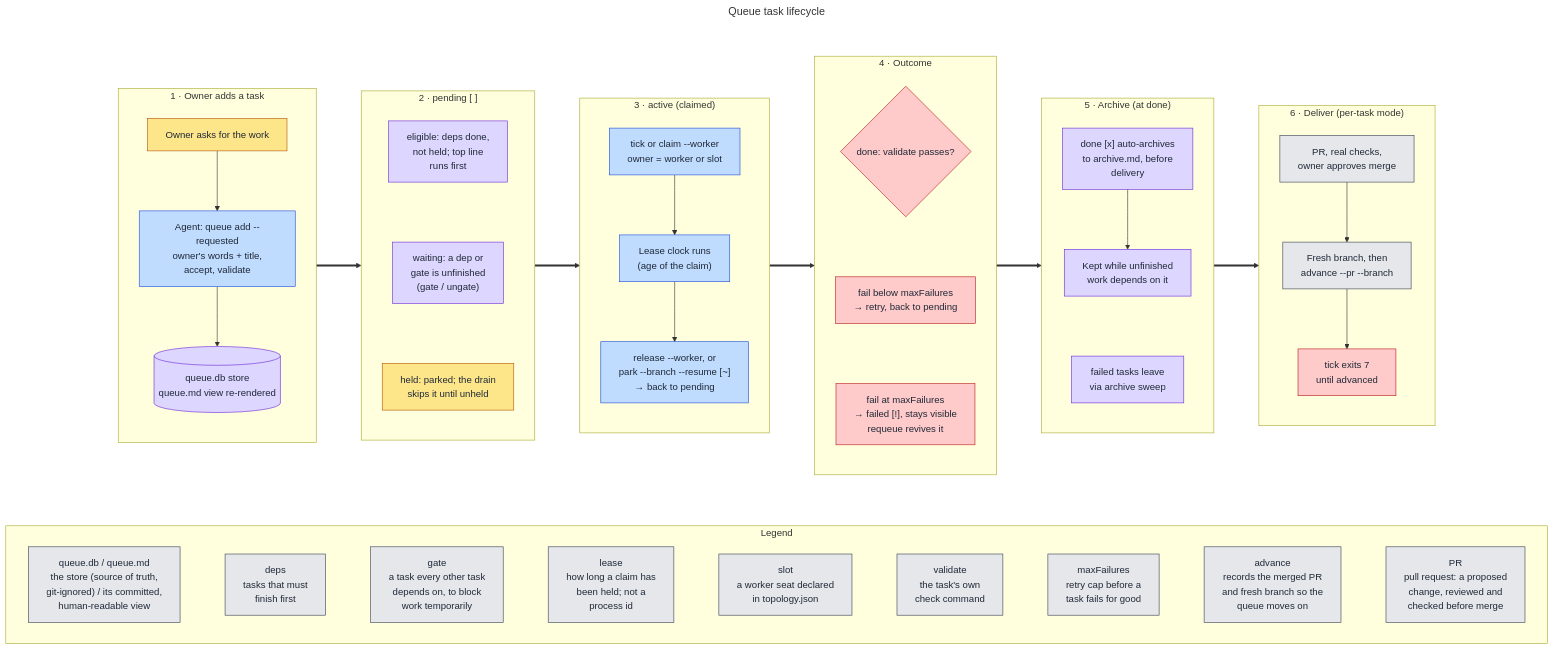
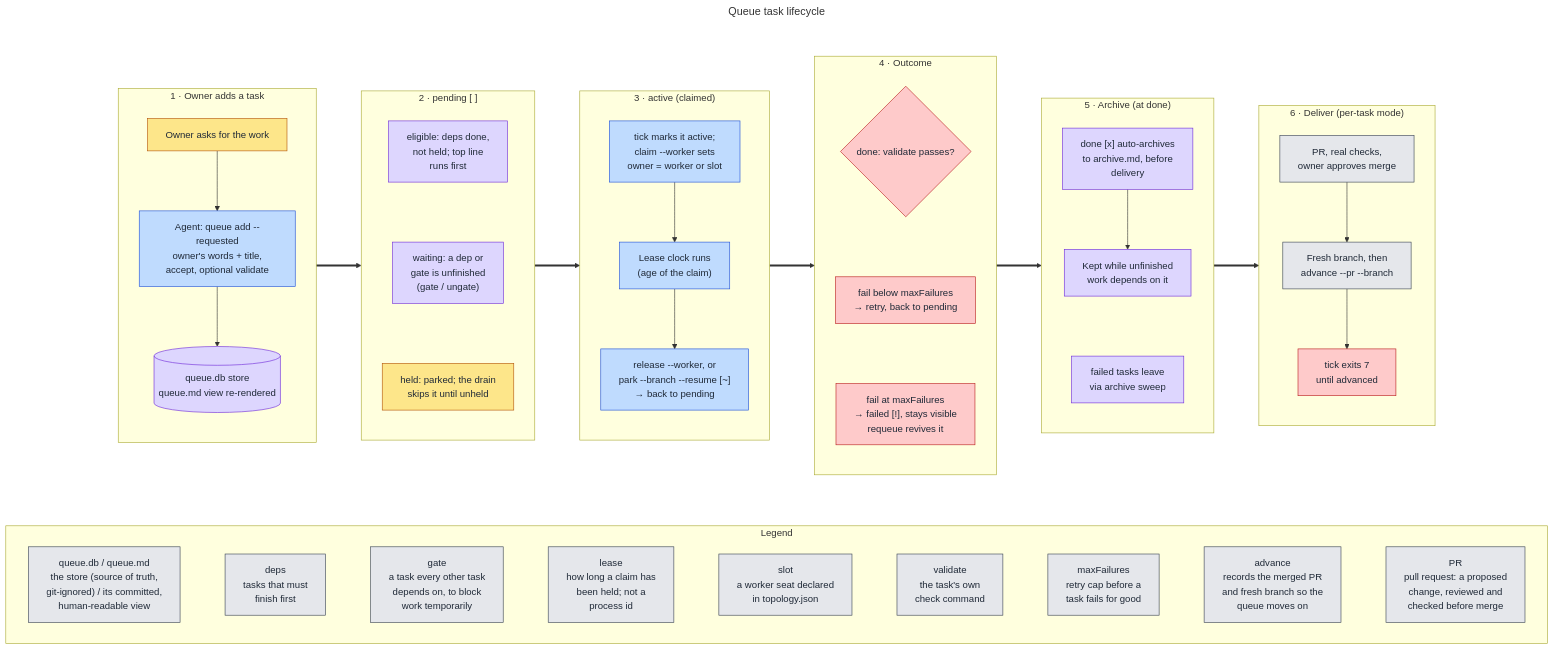
Before and after one commit to victusfate/scaffold: the diagram in docs/diagrams/src/queue-lifecycle.mmd, drawn with Mermaid. The commit also changed 5 other files, not shown here.

Commit message:
docs(diagrams): correct orchestration, pr-workflow, queue-lifecycle against their sources

```diff
--- a/docs/diagrams/src/queue-lifecycle.mmd
+++ b/docs/diagrams/src/queue-lifecycle.mmd
@@ -1,85 +1,85 @@
 ---
 title: Queue task lifecycle
 ---
 flowchart TB
   classDef owner fill:#fde68a,stroke:#b45309,color:#1f2937
   classDef orch fill:#bfdbfe,stroke:#1d4ed8,color:#1f2937
   classDef state fill:#ddd6fe,stroke:#6d28d9,color:#1f2937
   classDef lane fill:#bbf7d0,stroke:#15803d,color:#1f2937
   classDef git fill:#e5e7eb,stroke:#374151,color:#1f2937
   classDef gate fill:#fecaca,stroke:#b91c1c,color:#1f2937
 
   %% Edges run between stage subgraphs (not inner nodes) so each stage keeps
   %% its own top-to-bottom direction and the whole image stays landscape.
 
   subgraph FLOW[" "]
   direction LR
 
   subgraph ADD["1 · Owner adds a task"]
     direction TB
     A1["Owner asks for the work"]:::owner
-    A2["Agent: queue add --requested<br/>owner's words + title,<br/>accept, validate"]:::orch
+    A2["Agent: queue add --requested<br/>owner's words + title,<br/>accept, optional validate"]:::orch
     A3[("queue.db store<br/>queue.md view re-rendered")]:::state
     A1 --> A2 --> A3
   end
 
   subgraph PENDING["2 · pending [ ]"]
     direction TB
     P1["eligible: deps done,<br/>not held; top line<br/>runs first"]:::state
     P2["waiting: a dep or<br/>gate is unfinished<br/>(gate / ungate)"]:::state
     P3["held: parked; the drain<br/>skips it until unheld"]:::owner
     P1 ~~~ P2 ~~~ P3
   end
 
   subgraph ACTIVE["3 · active (claimed)"]
     direction TB
-    C1["tick or claim --worker<br/>owner = worker or slot"]:::orch
+    C1["tick marks it active;<br/>claim --worker sets<br/>owner = worker or slot"]:::orch
     C2["Lease clock runs<br/>(age of the claim)"]:::orch
     C3["release --worker, or<br/>park --branch --resume [~]<br/>→ back to pending"]:::orch
     C1 --> C2 --> C3
   end
 
   subgraph OUTCOME["4 · Outcome"]
     direction TB
     O1{"done: validate passes?"}:::gate
     O2["fail below maxFailures<br/>→ retry, back to pending"]:::gate
     O3["fail at maxFailures<br/>→ failed [!], stays visible<br/>requeue revives it"]:::gate
     O1 ~~~ O2 ~~~ O3
   end
 
   subgraph DELIVER["6 · Deliver (per-task mode)"]
     direction TB
     D1["PR, real checks,<br/>owner approves merge"]:::git
     D2["Fresh branch, then<br/>advance --pr --branch"]:::git
     D3["tick exits 7<br/>until advanced"]:::gate
     D1 --> D2 --> D3
   end
 
   subgraph ARCHIVE["5 · Archive (at done)"]
     direction TB
     R1["done [x] auto-archives<br/>to archive.md, before<br/>delivery"]:::state
     R2["Kept while unfinished<br/>work depends on it"]:::state
     R3["failed tasks leave<br/>via archive sweep"]:::state
     R1 --> R2
     R2 ~~~ R3
   end
 
   ADD ==> PENDING ==> ACTIVE ==> OUTCOME ==> ARCHIVE ==> DELIVER
   end
   style FLOW fill:none,stroke:none
 
   subgraph LEGEND["Legend"]
     direction LR
     L1["queue.db / queue.md<br/>the store (source of truth,<br/>git-ignored) / its committed,<br/>human-readable view"]:::git
     L2["deps<br/>tasks that must<br/>finish first"]:::git
     L3["gate<br/>a task every other task<br/>depends on, to block<br/>work temporarily"]:::git
     L4["lease<br/>how long a claim has<br/>been held; not a<br/>process id"]:::git
     L5["slot<br/>a worker seat declared<br/>in topology.json"]:::git
     L6["validate<br/>the task's own<br/>check command"]:::git
     L7["maxFailures<br/>retry cap before a<br/>task fails for good"]:::git
     L8["advance<br/>records the merged PR<br/>and fresh branch so the<br/>queue moves on"]:::git
     L9["PR<br/>pull request: a proposed<br/>change, reviewed and<br/>checked before merge"]:::git
     L1 ~~~ L2 ~~~ L3 ~~~ L4 ~~~ L5 ~~~ L6 ~~~ L7 ~~~ L8 ~~~ L9
   end
 
   FLOW ~~~ LEGEND
```
